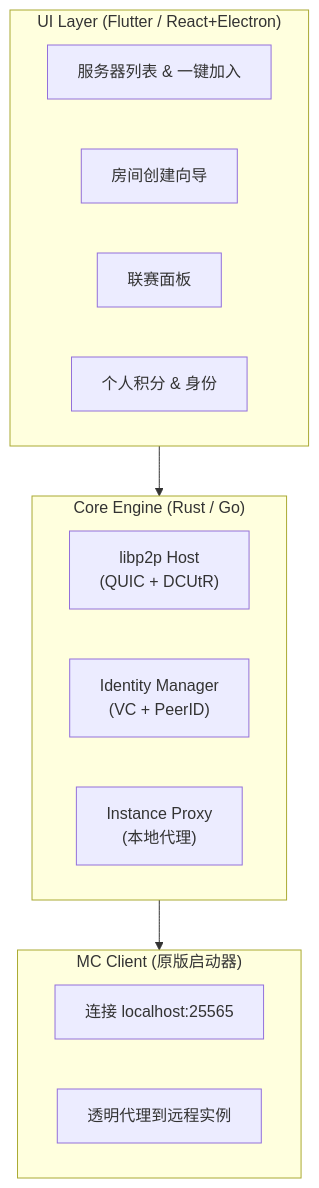
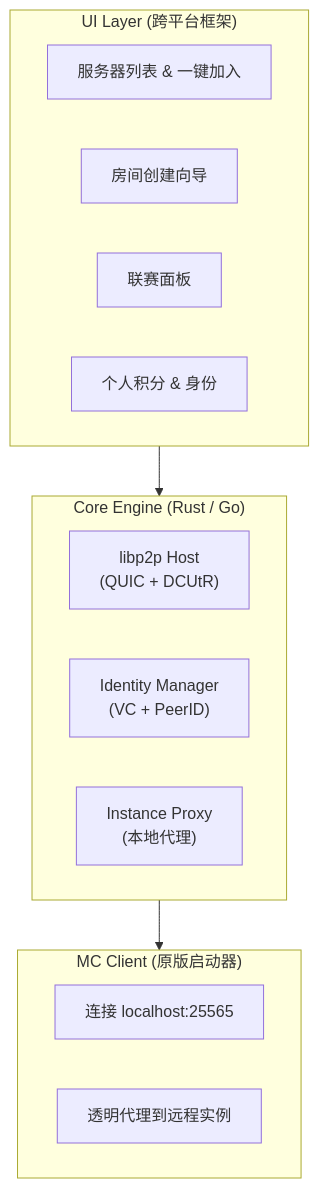
One commit to JLUCraft/docs changed the first of 4 diagrams in pages/design/client.md. Above: the diagram before and after it, drawn with Mermaid. The commit also changed other lines of this file and 26 other files, not shown here.

````diff
--- a/pages/design/client.md
+++ b/pages/design/client.md
@@ -7,22 +7,22 @@
 ```mermaid
 flowchart TB
-  subgraph UI["UI Layer (Flutter / React+Electron)"]
+  subgraph UI["UI Layer (跨平台框架)"]
     U1[服务器列表 & 一键加入]
     U2[房间创建向导]
     U3[联赛面板]
     U4[个人积分 & 身份]
   end
 
   subgraph Core["Core Engine (Rust / Go)"]
     C1["libp2p Host<br/>(QUIC + DCUtR)"]
     C2["Identity Manager<br/>(VC + PeerID)"]
     C3["Instance Proxy<br/>(本地代理)"]
   end
 
   subgraph MC["MC Client (原版启动器)"]
     M1["连接 localhost:25565"]
     M2[透明代理到远程实例]
   end
 
   UI --> Core --> MC
 ```
````
